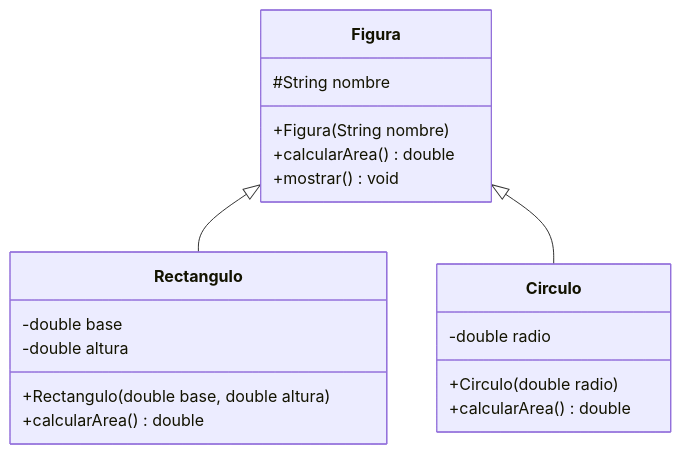
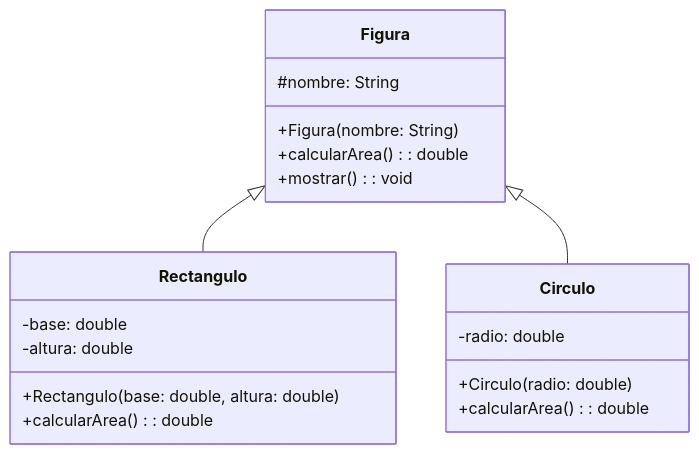
Before and after one commit to CursosProgramacionEP/USIL_SEMANA10: the fourth of 6 diagrams in PRACTICAS_CLASE.md, drawn with Mermaid. The commit also changed other lines of this file and 1 other file, not shown here.

First line of the commit message:
Diagramas UML en notacion estandar (nombre: Tipo) en README y PRACTICAS_CLASE

````diff
--- a/PRACTICAS_CLASE.md
+++ b/PRACTICAS_CLASE.md
@@ -201,22 +201,22 @@
 ```mermaid
 classDiagram
     class Figura {
-        #String nombre
-        +Figura(String nombre)
-        +calcularArea() double
-        +mostrar() void
+        #nombre: String
+        +Figura(nombre: String)
+        +calcularArea() : double
+        +mostrar() : void
     }
     class Rectangulo {
-        -double base
-        -double altura
-        +Rectangulo(double base, double altura)
-        +calcularArea() double
+        -base: double
+        -altura: double
+        +Rectangulo(base: double, altura: double)
+        +calcularArea() : double
     }
     class Circulo {
-        -double radio
-        +Circulo(double radio)
-        +calcularArea() double
+        -radio: double
+        +Circulo(radio: double)
+        +calcularArea() : double
     }
     Figura <|-- Rectangulo
     Figura <|-- Circulo
 ```
````
